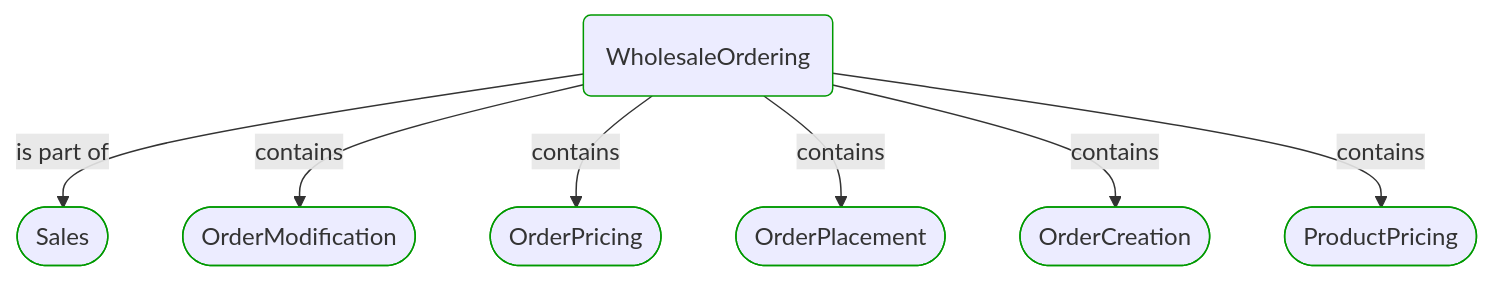
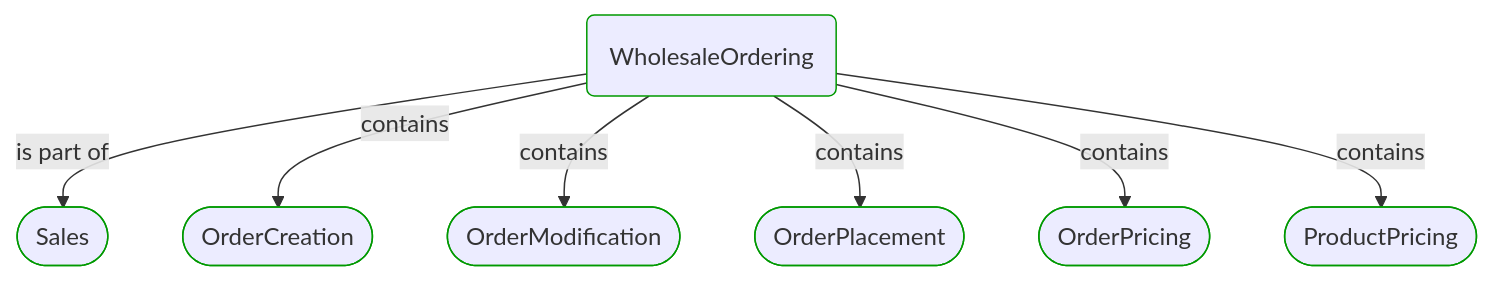
One commit to itlibrium/DDD-starter-dotnet changed the first of 4 diagrams in Docs/P3/MermaidOutput/Modules/Sales/WholesaleOrdering/WholesaleOrdering.md. Above: the diagram before and after it, drawn with Mermaid. The commit also changed 78 other files, not shown here.

````diff
--- a/Docs/P3/MermaidOutput/Modules/Sales/WholesaleOrdering/WholesaleOrdering.md
+++ b/Docs/P3/MermaidOutput/Modules/Sales/WholesaleOrdering/WholesaleOrdering.md
@@ -20,26 +20,26 @@
 ```mermaid
   flowchart TB
     0(WholesaleOrdering)
     class 0 DomainPerspective
     1([Sales])
     class 1 DomainPerspective
     0-->|is part of|1
-    2([OrderModification])
+    2([OrderCreation])
     class 2 DomainPerspective
     0-->|contains|2
-    3([OrderPricing])
+    3([OrderModification])
     class 3 DomainPerspective
     0-->|contains|3
     4([OrderPlacement])
     class 4 DomainPerspective
     0-->|contains|4
-    5([OrderCreation])
+    5([OrderPricing])
     class 5 DomainPerspective
     0-->|contains|5
     6([ProductPricing])
     class 6 DomainPerspective
     0-->|contains|6
     classDef DomainPerspective stroke:#009900
     classDef TechnologyPerspective stroke:#1F41EB
     classDef PeoplePerspective stroke:#FFF014
 ```
````
